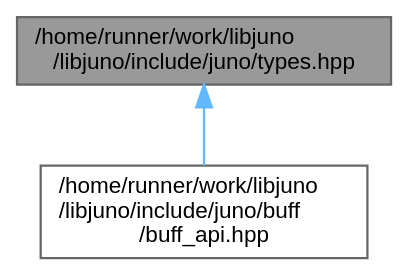
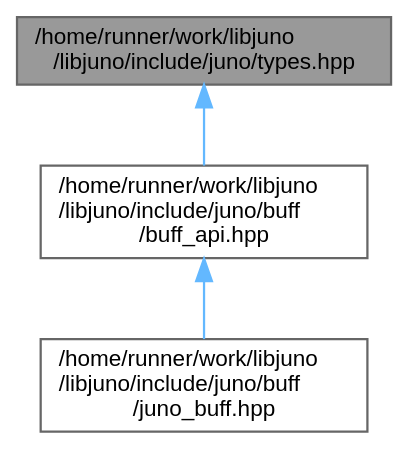
The diagram in types_8hpp__dep__incl.dot (robinonsay/libjuno), drawn with Graphviz before and after one commit. The commit also changed 110 other files, not shown here.

```diff
--- a/types_8hpp__dep__incl.dot
+++ b/types_8hpp__dep__incl.dot
@@ -1,10 +1,12 @@
 digraph "/home/runner/work/libjuno/libjuno/include/juno/types.hpp"
 {
  // LATEX_PDF_SIZE
   bgcolor="transparent";
   edge [fontname=Helvetica,fontsize=10,labelfontname=Helvetica,labelfontsize=10];
   node [fontname=Helvetica,fontsize=10,shape=box,height=0.2,width=0.4];
   Node1 [id="Node000001",label="/home/runner/work/libjuno\l/libjuno/include/juno/types.hpp",height=0.2,width=0.4,color="gray40", fillcolor="grey60", style="filled", fontcolor="black",tooltip=" "];
   Node1 -> Node2 [id="edge1_Node000001_Node000002",dir="back",color="steelblue1",style="solid",tooltip=" "];
   Node2 [id="Node000002",label="/home/runner/work/libjuno\l/libjuno/include/juno/buff\l/buff_api.hpp",height=0.2,width=0.4,color="grey40", fillcolor="white", style="filled",URL="$buff__api_8hpp.html",tooltip=" "];
+  Node2 -> Node3 [id="edge2_Node000002_Node000003",dir="back",color="steelblue1",style="solid",tooltip=" "];
+  Node3 [id="Node000003",label="/home/runner/work/libjuno\l/libjuno/include/juno/buff\l/juno_buff.hpp",height=0.2,width=0.4,color="grey40", fillcolor="white", style="filled",URL="$juno__buff_8hpp.html",tooltip=" "];
 }
```
